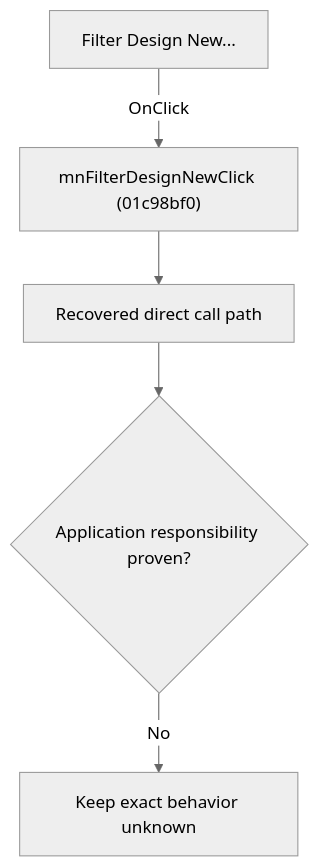
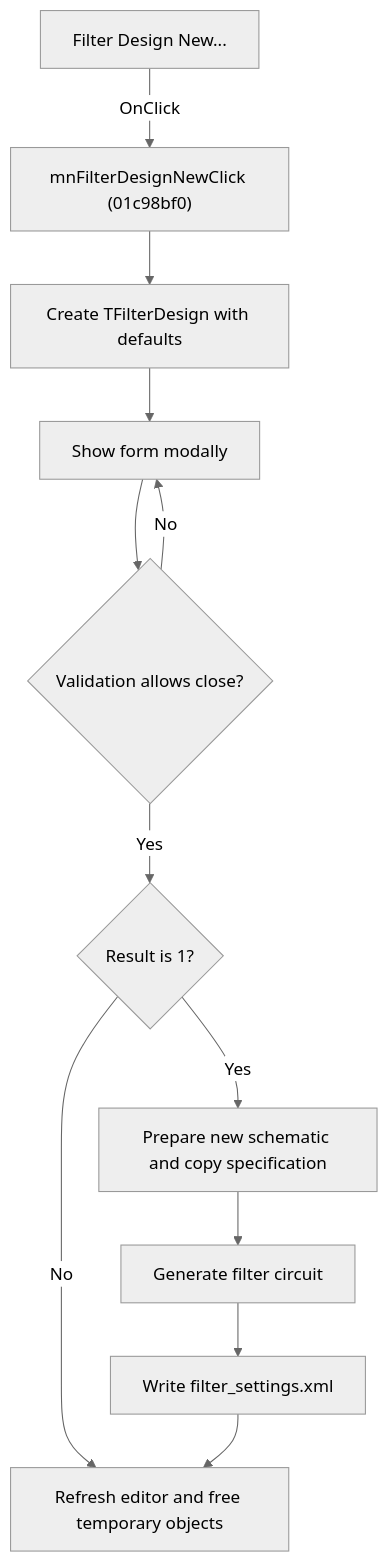
One commit to MovGP0/TIARA changed the diagram in docs/ui-controls/schematiceditor/mnfilterdesignnew-9a4f5d8706.md. Above: the diagram before and after it, drawn with Mermaid (neutral theme). The commit also changed other lines of this file and 241 other files, not shown here.

````diff
--- a/docs/ui-controls/schematiceditor/mnfilterdesignnew-9a4f5d8706.md
+++ b/docs/ui-controls/schematiceditor/mnfilterdesignnew-9a4f5d8706.md
@@ -27,7 +31,14 @@
 ```mermaid
 flowchart TD
-    control["Filter Design New..."] -->|"OnClick"| handler["mnFilterDesignNewClick (01c98bf0)"]
-    handler --> recovered["Recovered direct call path"]
-    recovered --> gap{"Application responsibility proven?"}
-    gap -->|"No"| blocked["Keep exact behavior unknown"]
+    control["Filter Design New..."] -->|OnClick| handler["mnFilterDesignNewClick (01c98bf0)"]
+    handler --> create["Create TFilterDesign with defaults"]
+    create --> modal["Show form modally"]
+    modal --> valid{"Validation allows close?"}
+    valid -->|No| modal
+    valid -->|Yes| accepted{"Result is 1?"}
+    accepted -->|No| refresh["Refresh editor and free temporary objects"]
+    accepted -->|Yes| prepare["Prepare new schematic and copy specification"]
+    prepare --> generate["Generate filter circuit"]
+    generate --> save["Write filter_settings.xml"]
+    save --> refresh
 ```
````
